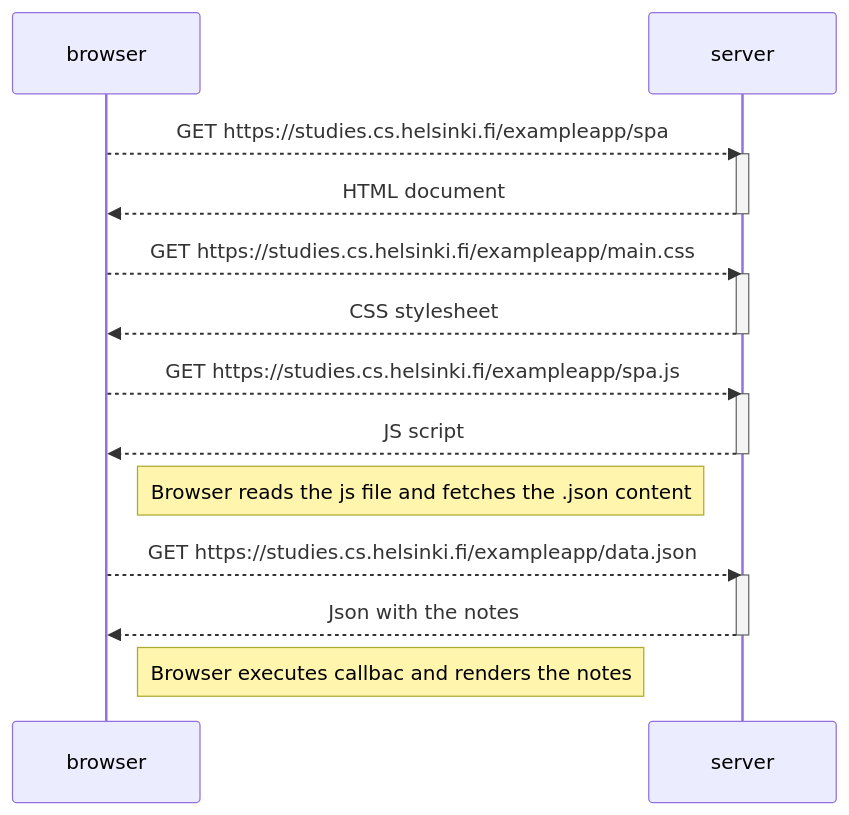
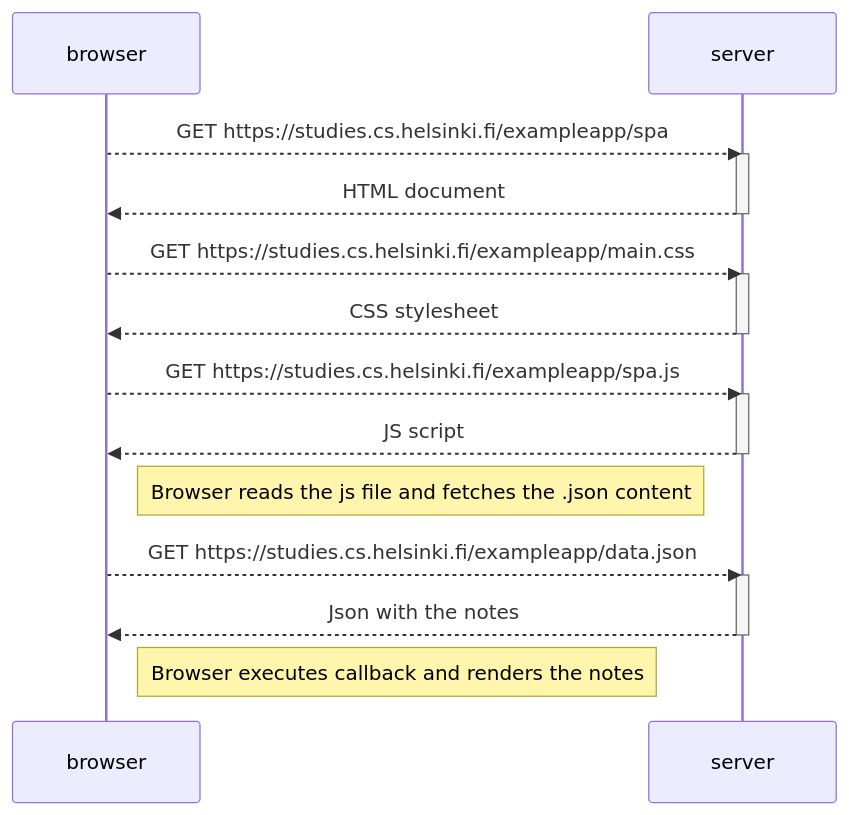
The diagram in part0/exercise-0.5.md (nicolasduarterj/fso-exercises), drawn with Mermaid before and after one commit.

Commit message:
Spelling correction

````diff
--- a/part0/exercise-0.5.md
+++ b/part0/exercise-0.5.md
@@ -1,29 +1,29 @@
 ```mermaid
 sequenceDiagram
     participant browser
     participant server
 
     browser-->>server: GET https://studies.cs.helsinki.fi/exampleapp/spa
     activate server
     server-->>browser: HTML document
     deactivate server
 
     browser-->>server: GET https://studies.cs.helsinki.fi/exampleapp/main.css
     activate server
     server-->>browser: CSS stylesheet
     deactivate server
 
     browser-->>server: GET https://studies.cs.helsinki.fi/exampleapp/spa.js
     activate server
     server-->>browser: JS script
     deactivate server
 
     Note right of browser: Browser reads the js file and fetches the .json content
 
     browser-->>server: GET https://studies.cs.helsinki.fi/exampleapp/data.json
     activate server
     server-->>browser: Json with the notes
     deactivate server
 
-    Note right of browser: Browser executes callbac and renders the notes
+    Note right of browser: Browser executes callback and renders the notes
 ```
````
